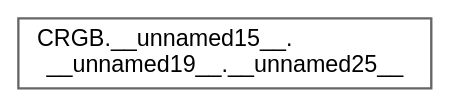
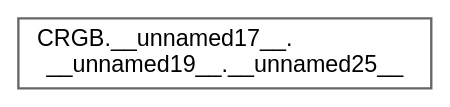
One commit to mcx/FastLED changed the diagram in docs/inherit_graph_42.dot. Above: the diagram before and after it, drawn with Graphviz. The commit also changed 1563 other files, not shown here.

```diff
--- a/docs/inherit_graph_42.dot
+++ b/docs/inherit_graph_42.dot
@@ -1,9 +1,9 @@
 digraph "Graphical Class Hierarchy"
 {
  // LATEX_PDF_SIZE
   bgcolor="transparent";
   edge [fontname=Helvetica,fontsize=10,labelfontname=Helvetica,labelfontsize=10];
   node [fontname=Helvetica,fontsize=10,shape=box,height=0.2,width=0.4];
   rankdir="LR";
-  Node0 [id="Node000000",label="CRGB.__unnamed15__.\l__unnamed19__.__unnamed25__",height=0.2,width=0.4,color="grey40", fillcolor="white", style="filled",URL="$db/d87/group___pixel_types.html#de/ded/union_c_r_g_b_8____unnamed15_____8____unnamed19_____8____unnamed25____",tooltip=" "];
+  Node0 [id="Node000000",label="CRGB.__unnamed17__.\l__unnamed19__.__unnamed25__",height=0.2,width=0.4,color="grey40", fillcolor="white", style="filled",URL="$db/d87/group___pixel_types.html#dd/da2/union_c_r_g_b_8____unnamed17_____8____unnamed19_____8____unnamed25____",tooltip=" "];
 }
```
